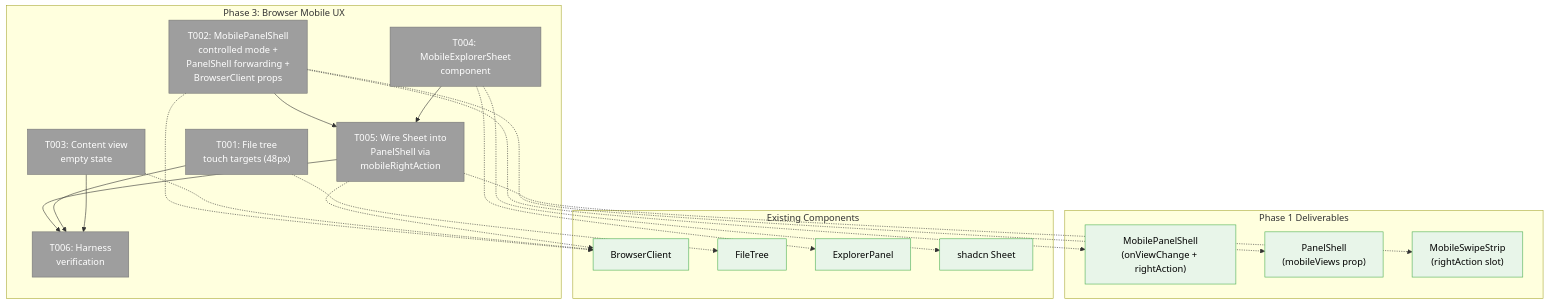
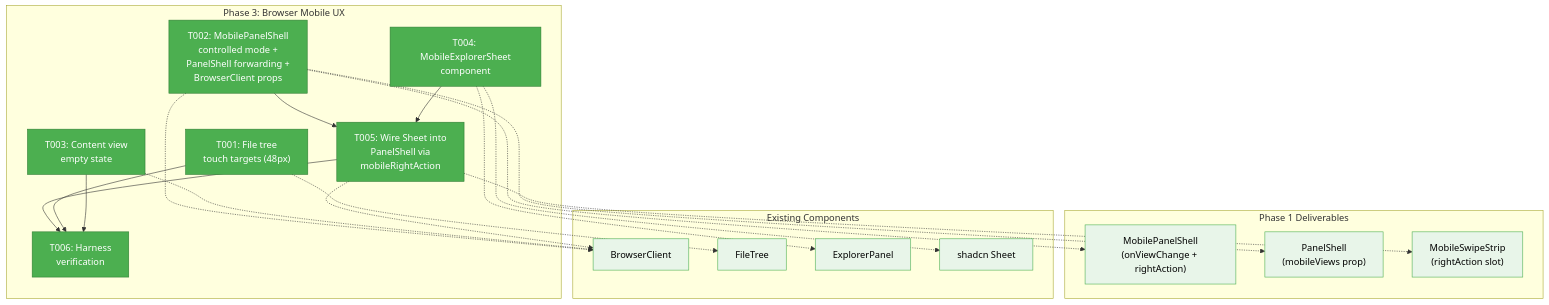
Before and after one commit to AI-Substrate/chainglass: the first of 3 diagrams in docs/plans/078-mobile-experience/tasks/phase-3-browser-mobile-ux/tasks.md, drawn with Mermaid. The commit also changed other lines of this file and 16 other files, not shown here.

First line of the commit message:
078 Phase 3: Browser Mobile UX

````diff
--- a/docs/plans/078-mobile-experience/tasks/phase-3-browser-mobile-ux/tasks.md
+++ b/docs/plans/078-mobile-experience/tasks/phase-3-browser-mobile-ux/tasks.md
@@ -111,43 +111,43 @@
 ```mermaid
 flowchart TD
-    classDef pending fill:#9E9E9E,stroke:#757575,color:#fff
+    classDef completed fill:#4CAF50,stroke:#2E7D32,color:#fff
     classDef existing fill:#E8F5E9,stroke:#4CAF50,color:#000
 
     subgraph Phase3["Phase 3: Browser Mobile UX"]
-        T001["T001: File tree<br/>touch targets (48px)"]:::pending
-        T002["T002: MobilePanelShell<br/>controlled mode +<br/>PanelShell forwarding +<br/>BrowserClient props"]:::pending
-        T003["T003: Content view<br/>empty state"]:::pending
-        T004["T004: MobileExplorerSheet<br/>component"]:::pending
-        T005["T005: Wire Sheet into<br/>PanelShell via<br/>mobileRightAction"]:::pending
-        T006["T006: Harness<br/>verification"]:::pending
+        T001["T001: File tree<br/>touch targets (48px)"]:::completed
+        T002["T002: MobilePanelShell<br/>controlled mode +<br/>PanelShell forwarding +<br/>BrowserClient props"]:::completed
+        T003["T003: Content view<br/>empty state"]:::completed
+        T004["T004: MobileExplorerSheet<br/>component"]:::completed
+        T005["T005: Wire Sheet into<br/>PanelShell via<br/>mobileRightAction"]:::completed
+        T006["T006: Harness<br/>verification"]:::completed
 
         T002 --> T005
         T004 --> T005
         T005 --> T006
         T001 --> T006
         T003 --> T006
     end
 
     subgraph Phase1["Phase 1 Deliverables"]
         MPS["MobilePanelShell<br/>(onViewChange + rightAction)"]:::existing
         PS["PanelShell<br/>(mobileViews prop)"]:::existing
         MSS["MobileSwipeStrip<br/>(rightAction slot)"]:::existing
     end
 
     subgraph Existing["Existing Components"]
         BC["BrowserClient"]:::existing
         FT["FileTree"]:::existing
         EP["ExplorerPanel"]:::existing
         SH["shadcn Sheet"]:::existing
     end
 
     T001 -.-> FT
     T002 -.-> MPS
     T002 -.-> PS
     T002 -.-> BC
     T003 -.-> BC
     T004 -.-> EP
     T004 -.-> SH
     T005 -.-> BC
     T005 -.-> MSS
 ```
````
